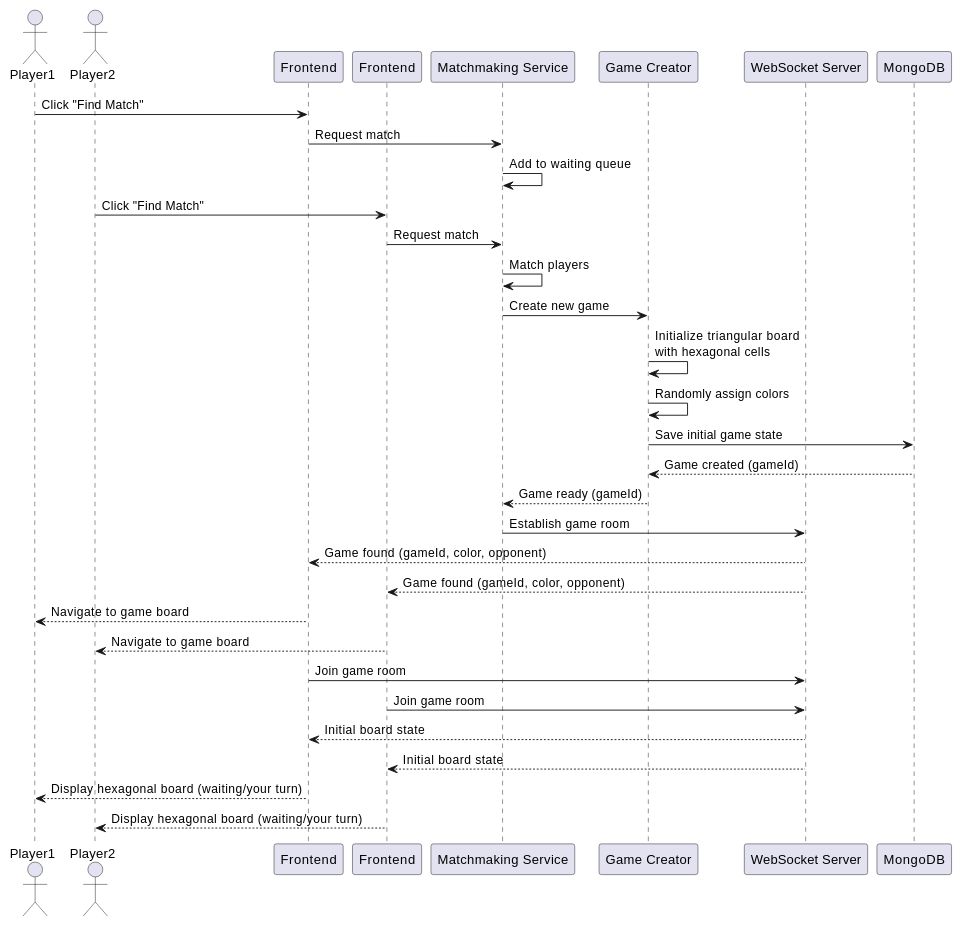
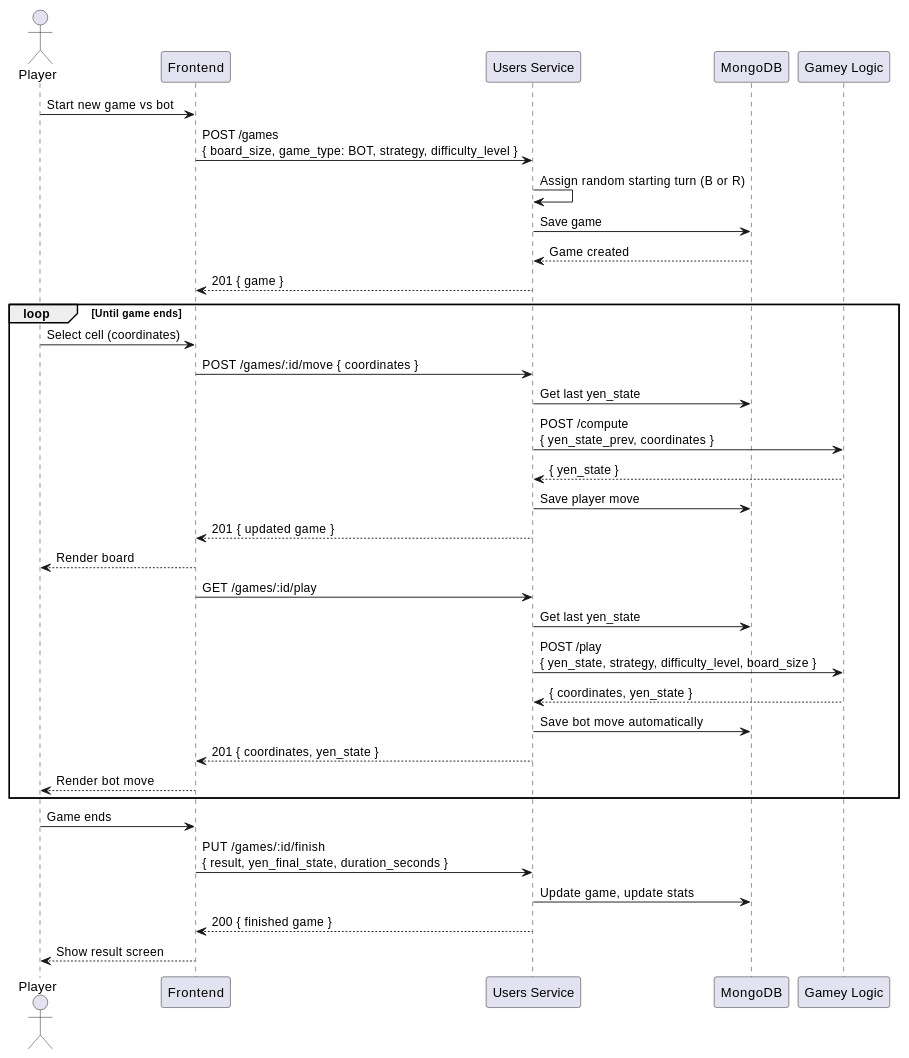
The third of 4 diagrams in docs/src/06_runtime_view.adoc (Arquisoft/yovi_en1b), drawn with PlantUML before and after one commit. The commit also changed other lines of this file, not shown here.

```diff
--- a/docs/src/06_runtime_view.adoc
+++ b/docs/src/06_runtime_view.adoc
@@ -102,37 +105,42 @@
-[plantuml,"game-init-sequence",png]
+[plantuml,"pve-sequence",png]
 ----
 @startuml
-actor Player1
-actor Player2
-participant "Frontend" as FE1
-participant "Frontend" as FE2
-participant "Matchmaking Service" as MM
-participant "Game Creator" as GC
-participant "WebSocket Server" as WS
+actor Player
+participant "Frontend" as FE
+participant "Users Service" as USERS
 participant "MongoDB" as DB
+participant "Gamey Logic" as GAMEY
 
-Player1 -> FE1: Click "Find Match"
-FE1 -> MM: Request match
-MM -> MM: Add to waiting queue
-Player2 -> FE2: Click "Find Match"
-FE2 -> MM: Request match
-MM -> MM: Match players
-MM -> GC: Create new game
-GC -> GC: Initialize triangular board\nwith hexagonal cells
-GC -> GC: Randomly assign colors
-GC -> DB: Save initial game state
-DB --> GC: Game created (gameId)
-GC --> MM: Game ready (gameId)
-MM -> WS: Establish game room
-WS --> FE1: Game found (gameId, color, opponent)
-WS --> FE2: Game found (gameId, color, opponent)
-FE1 --> Player1: Navigate to game board
-FE2 --> Player2: Navigate to game board
-FE1 -> WS: Join game room
-FE2 -> WS: Join game room
-WS --> FE1: Initial board state
-WS --> FE2: Initial board state
-FE1 --> Player1: Display hexagonal board (waiting/your turn)
-FE2 --> Player2: Display hexagonal board (waiting/your turn)
+Player -> FE: Start new game vs bot
+FE -> USERS: POST /games\n{ board_size, game_type: BOT, strategy, difficulty_level }
+USERS -> USERS: Assign random starting turn (B or R)
+USERS -> DB: Save game
+DB --> USERS: Game created
+USERS --> FE: 201 { game }
+
+loop Until game ends
+    Player -> FE: Select cell (coordinates)
+    FE -> USERS: POST /games/:id/move { coordinates }
+    USERS -> DB: Get last yen_state
+    USERS -> GAMEY: POST /compute\n{ yen_state_prev, coordinates }
+    GAMEY --> USERS: { yen_state }
+    USERS -> DB: Save player move
+    USERS --> FE: 201 { updated game }
+    FE --> Player: Render board
+
+    FE -> USERS: GET /games/:id/play
+    USERS -> DB: Get last yen_state
+    USERS -> GAMEY: POST /play\n{ yen_state, strategy, difficulty_level, board_size }
+    GAMEY --> USERS: { coordinates, yen_state }
+    USERS -> DB: Save bot move automatically
+    USERS --> FE: 201 { coordinates, yen_state }
+    FE --> Player: Render bot move
+end
+
+Player -> FE: Game ends
+FE -> USERS: PUT /games/:id/finish\n{ result, yen_final_state, duration_seconds }
+USERS -> DB: Update game, update stats
+USERS --> FE: 200 { finished game }
+FE --> Player: Show result screen
 @enduml
 ----
```
